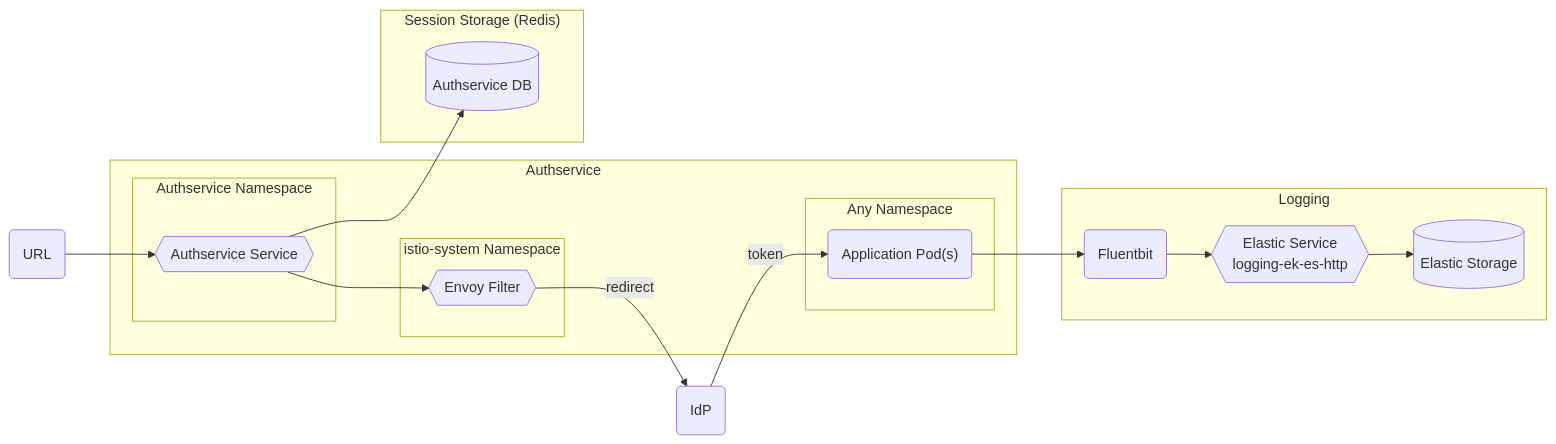
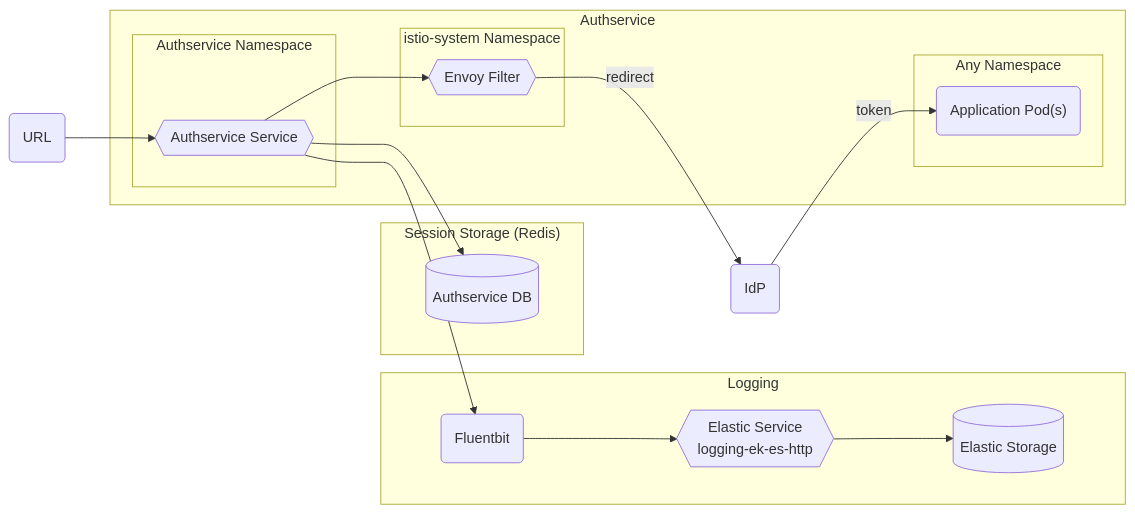
One commit to rjferguson21/big-bang changed the diagram in charter/packages/authservice/Architecture.md. Above: the diagram before and after it, drawn with Mermaid.

Commit message:
update mermaid diagram

````diff
--- a/charter/packages/authservice/Architecture.md
+++ b/charter/packages/authservice/Architecture.md
@@ -13,30 +13,30 @@
 ```mermaid
 graph LR
   pod("URL") --> authservice
   envoyfilter --> |redirect| pod2("IdP")
   pod2 --> |token| apppods
 
   subgraph "Authservice"
     subgraph "Any Namespace"
       apppods("Application Pod(s)")
     end
 
     subgraph "istio-system Namespace"
       envoyfilter{{"Envoy Filter"}}
     end
     
     subgraph "Authservice Namespace"
       authservice{{"Authservice Service"}} --> envoyfilter
     end
         
   end
 
   subgraph "Session Storage (Redis)"
     authservice --> database3[("Authservice DB")]
   end
 
   subgraph "Logging"
-    apppods --> fluent(Fluentbit) --> logging-ek-es-http
+    authservice --> fluent(Fluentbit) --> logging-ek-es-http
     logging-ek-es-http{{Elastic Service<br />logging-ek-es-http}} --> elastic[(Elastic Storage)]
   end
 ```
````
